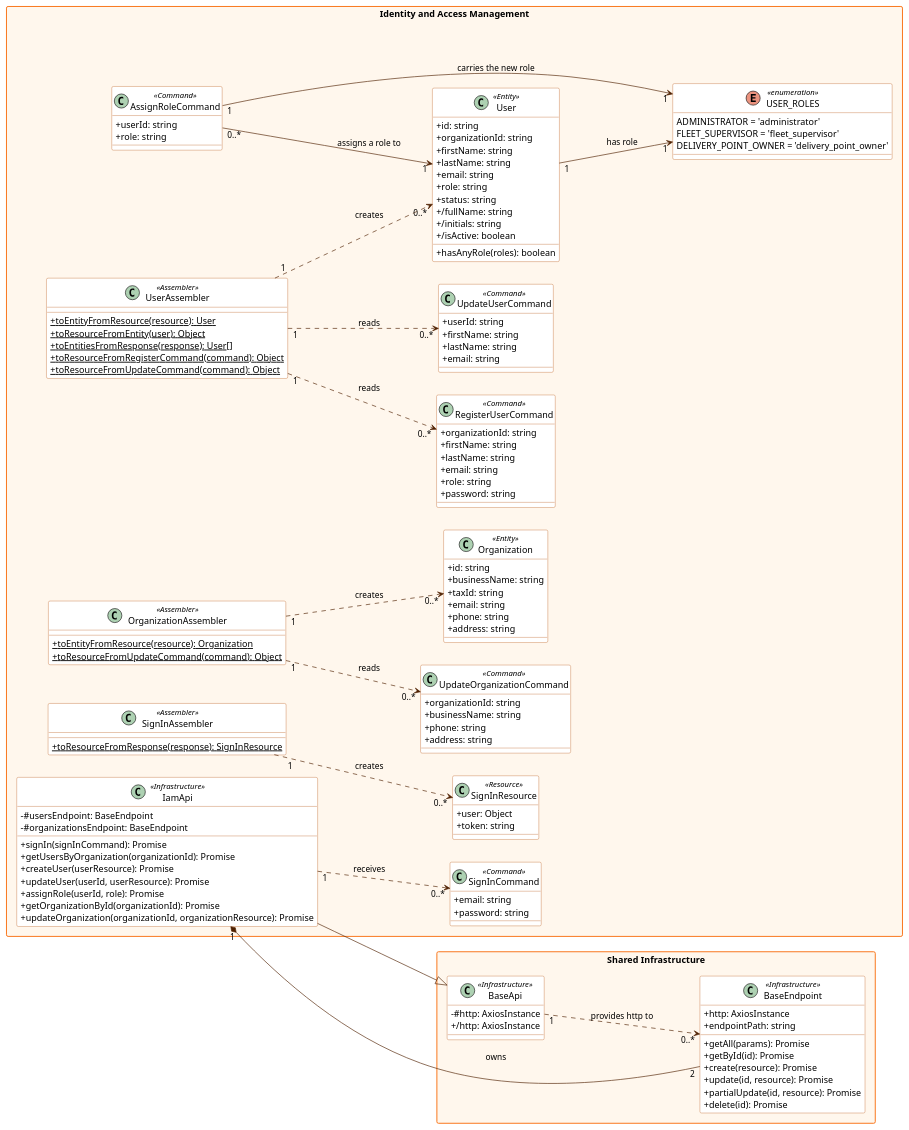
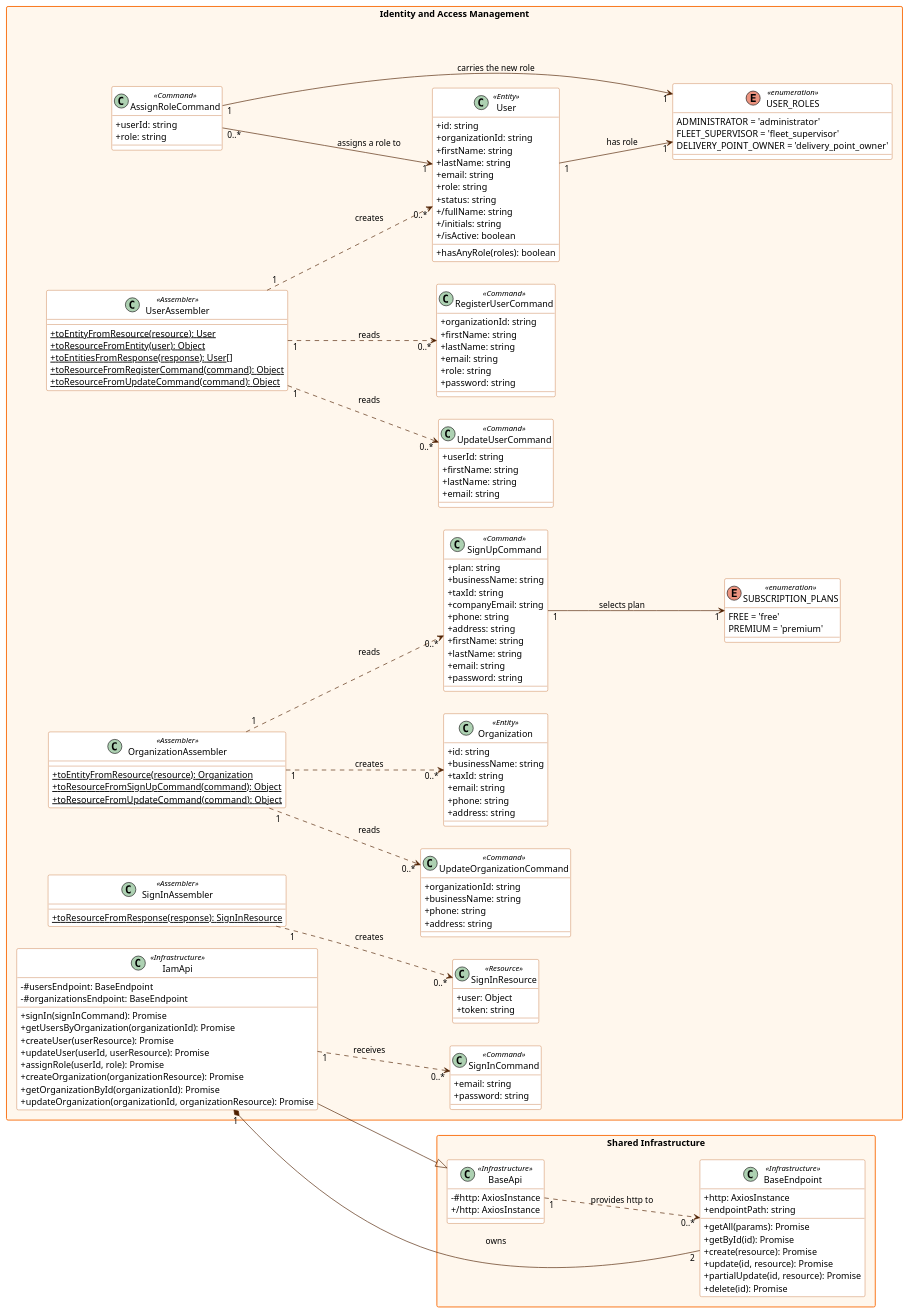
One commit to 1ASI0730-2620-8084-CodeCrafters/bottle-track-report changed the diagram in report/assets/Software-Object-Oriented-Design/frontend-class-identity-access.puml. Above: the diagram before and after it, drawn with PlantUML. The commit also changed 3 other files, not shown here.

Commit message:
fix(report): add the sign up to the identity and access frontend class diagrams

```diff
--- a/report/assets/Software-Object-Oriented-Design/frontend-class-identity-access.puml
+++ b/report/assets/Software-Object-Oriented-Design/frontend-class-identity-access.puml
@@ -1,133 +1,153 @@
 @startuml
 ' BottleTrack - Frontend Web Application - Identity and Access Management class diagram
 skinparam classAttributeIconSize 0
 skinparam packageStyle rectangle
 skinparam shadowing false
 skinparam defaultFontName Arial
 skinparam class {
   BackgroundColor #ffffff
   BorderColor #b34900
   ArrowColor #4f2000
 }
 skinparam package {
   BackgroundColor #fff7ed
   BorderColor #f97316
 }
 left to right direction
 
 package "Shared Infrastructure" {
   class BaseApi <<Infrastructure>> {
     - #http: AxiosInstance
     + /http: AxiosInstance
   }
   class BaseEndpoint <<Infrastructure>> {
     + http: AxiosInstance
     + endpointPath: string
     + getAll(params): Promise
     + getById(id): Promise
     + create(resource): Promise
     + update(id, resource): Promise
     + partialUpdate(id, resource): Promise
     + delete(id): Promise
   }
   BaseApi "1" ..> "0..*" BaseEndpoint : provides http to
 }
 
 package "Identity and Access Management" {
   class Organization <<Entity>> {
     + id: string
     + businessName: string
     + taxId: string
     + email: string
     + phone: string
     + address: string
   }
   class User <<Entity>> {
     + id: string
     + organizationId: string
     + firstName: string
     + lastName: string
     + email: string
     + role: string
     + status: string
     + /fullName: string
     + /initials: string
     + /isActive: boolean
     + hasAnyRole(roles): boolean
   }
   class SignInCommand <<Command>> {
     + email: string
     + password: string
   }
+  class SignUpCommand <<Command>> {
+    + plan: string
+    + businessName: string
+    + taxId: string
+    + companyEmail: string
+    + phone: string
+    + address: string
+    + firstName: string
+    + lastName: string
+    + email: string
+    + password: string
+  }
+  enum SUBSCRIPTION_PLANS <<enumeration>> {
+    FREE = 'free'
+    PREMIUM = 'premium'
+  }
   class RegisterUserCommand <<Command>> {
     + organizationId: string
     + firstName: string
     + lastName: string
     + email: string
     + role: string
     + password: string
   }
   class UpdateUserCommand <<Command>> {
     + userId: string
     + firstName: string
     + lastName: string
     + email: string
   }
   class AssignRoleCommand <<Command>> {
     + userId: string
     + role: string
   }
   class UpdateOrganizationCommand <<Command>> {
     + organizationId: string
     + businessName: string
     + phone: string
     + address: string
   }
   enum USER_ROLES <<enumeration>> {
     ADMINISTRATOR = 'administrator'
     FLEET_SUPERVISOR = 'fleet_supervisor'
     DELIVERY_POINT_OWNER = 'delivery_point_owner'
   }
   class SignInResource <<Resource>> {
     + user: Object
     + token: string
   }
   class IamApi <<Infrastructure>> {
     - #usersEndpoint: BaseEndpoint
     - #organizationsEndpoint: BaseEndpoint
     + signIn(signInCommand): Promise
     + getUsersByOrganization(organizationId): Promise
     + createUser(userResource): Promise
     + updateUser(userId, userResource): Promise
     + assignRole(userId, role): Promise
+    + createOrganization(organizationResource): Promise
     + getOrganizationById(organizationId): Promise
     + updateOrganization(organizationId, organizationResource): Promise
   }
   class UserAssembler <<Assembler>> {
     + {static} toEntityFromResource(resource): User
     + {static} toResourceFromEntity(user): Object
     + {static} toEntitiesFromResponse(response): User[]
     + {static} toResourceFromRegisterCommand(command): Object
     + {static} toResourceFromUpdateCommand(command): Object
   }
   class OrganizationAssembler <<Assembler>> {
     + {static} toEntityFromResource(resource): Organization
+    + {static} toResourceFromSignUpCommand(command): Object
     + {static} toResourceFromUpdateCommand(command): Object
   }
   class SignInAssembler <<Assembler>> {
     + {static} toResourceFromResponse(response): SignInResource
   }
   User "1" --> "1" USER_ROLES : has role
   AssignRoleCommand "0..*" --> "1" User : assigns a role to
   AssignRoleCommand "1" --> "1" USER_ROLES : carries the new role
   UserAssembler "1" ..> "0..*" User : creates
   UserAssembler "1" ..> "0..*" RegisterUserCommand : reads
   UserAssembler "1" ..> "0..*" UpdateUserCommand : reads
   OrganizationAssembler "1" ..> "0..*" Organization : creates
   OrganizationAssembler "1" ..> "0..*" UpdateOrganizationCommand : reads
+  OrganizationAssembler "1" ..> "0..*" SignUpCommand : reads
+  SignUpCommand "1" --> "1" SUBSCRIPTION_PLANS : selects plan
   SignInAssembler "1" ..> "0..*" SignInResource : creates
   IamApi "1" ..> "0..*" SignInCommand : receives
   IamApi "1" *-- "2" BaseEndpoint : owns
   IamApi --|> BaseApi
 }
 @enduml
```
